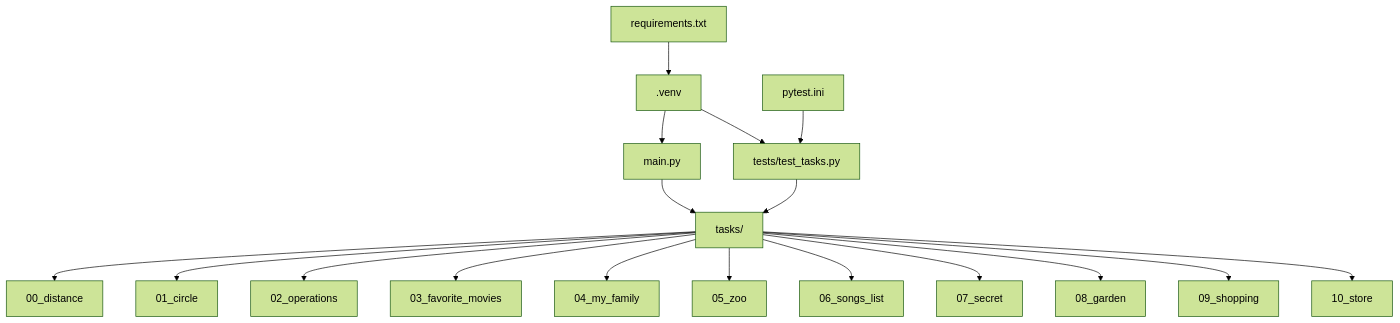
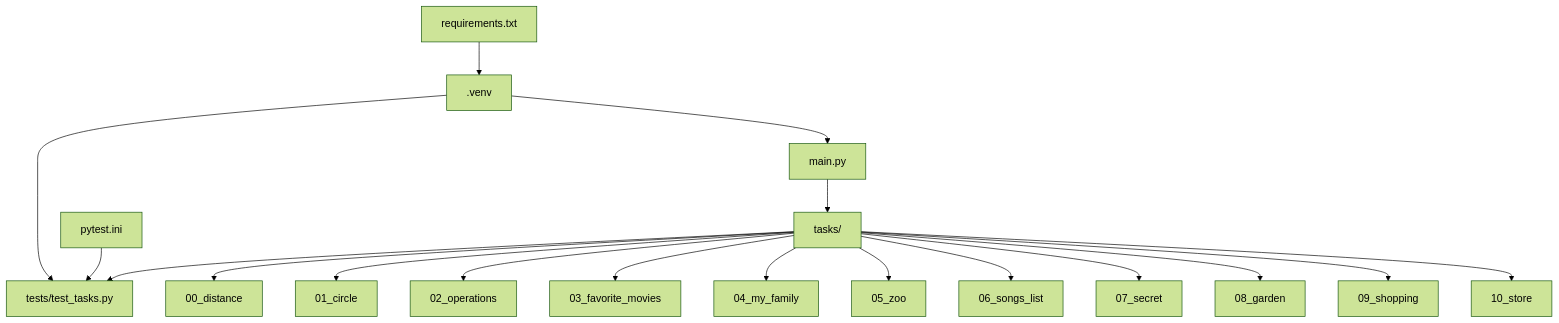
One commit to HolograficDev/semester3_python_lab1 changed the diagram in README.md. Above: the diagram before and after it, drawn with Mermaid (forest theme).

````diff
--- a/README.md
+++ b/README.md
@@ -47,20 +47,22 @@
 ```mermaid
 flowchart TD
     R[requirements.txt] --> V[.venv]
     V --> M[main.py]
     V --> P[tests/test_tasks.py]
     C[pytest.ini] --> P
+
     M --> T[tasks/]
-    P --> T
+    T --> P
+
     T --> T1[00_distance]
     T --> T2[01_circle]
     T --> T3[02_operations]
     T --> T4[03_favorite_movies]
     T --> T5[04_my_family]
     T --> T6[05_zoo]
     T --> T7[06_songs_list]
     T --> T8[07_secret]
     T --> T9[08_garden]
     T --> T10[09_shopping]
     T --> T11[10_store]
 ```
````
